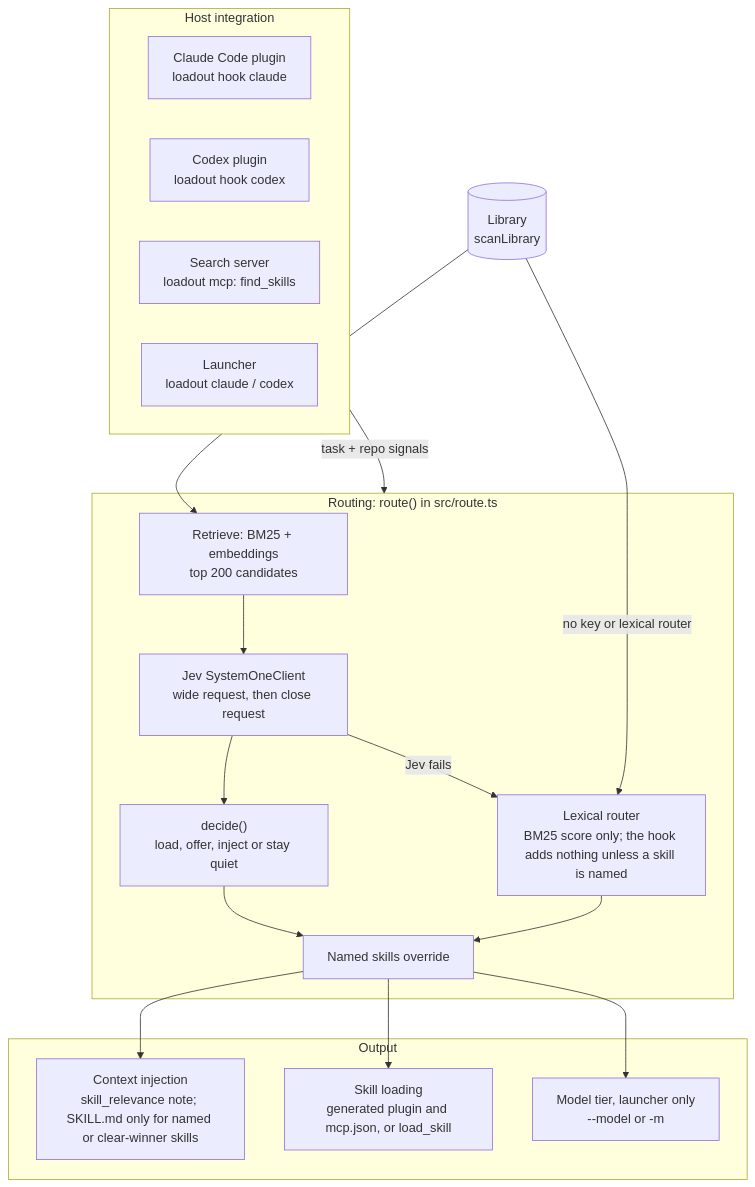
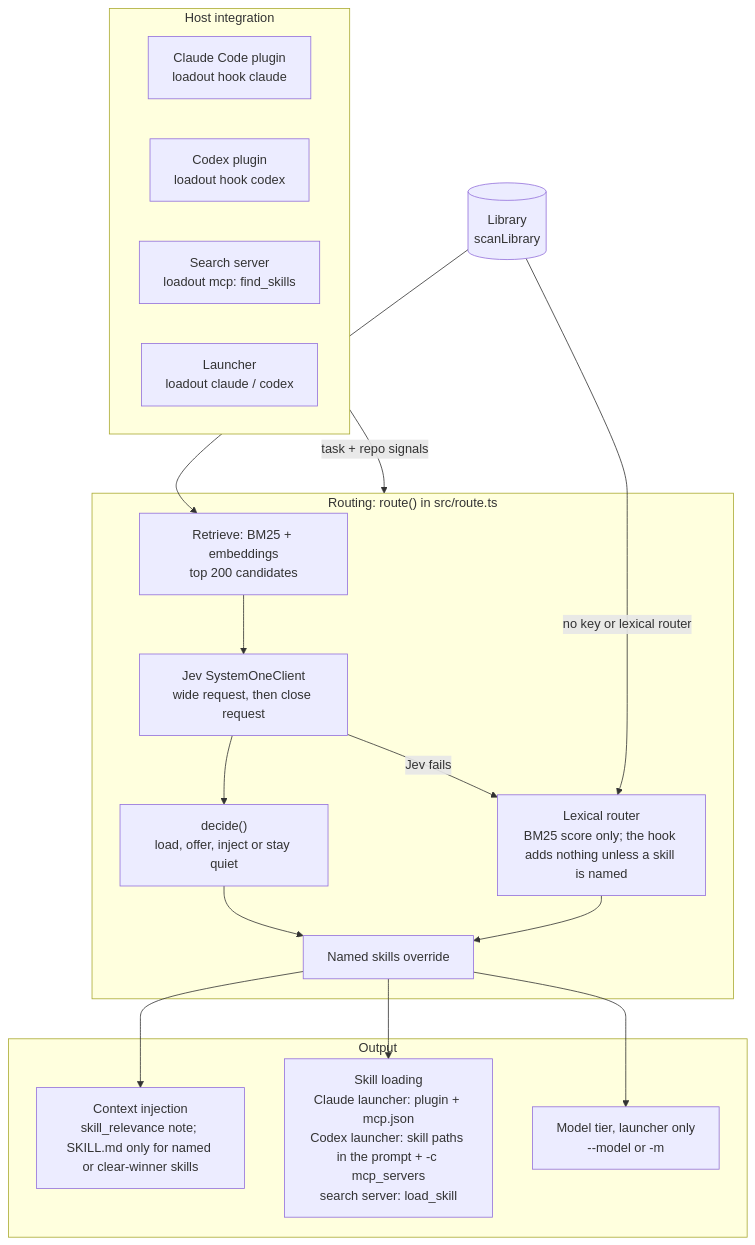
The diagram in DESIGN.md (erik-hedstrom/loadout), drawn with Mermaid before and after one commit.

Commit message:
E6: show how each launcher loads skills
Codex round 2: the skill-loading node described only the Claude launcher
(plugin + mcp.json) and load_skill. The Codex launcher copies skills and
lists their paths in the prompt, and passes MCP servers with
-c mcp_servers (src/launch.ts:189-202, 400-448).

Claude-Session: https://claude.ai/code/session_01HuyR49tfEGYja23caRY2JK

````diff
--- a/DESIGN.md
+++ b/DESIGN.md
@@ -29,37 +29,37 @@
 ```mermaid
 flowchart TB
     subgraph host["Host integration"]
         CH["Claude Code plugin<br/>loadout hook claude"]
         XH["Codex plugin<br/>loadout hook codex"]
         MS["Search server<br/>loadout mcp: find_skills"]
         LA["Launcher<br/>loadout claude / codex"]
     end
 
     LIB[("Library<br/>scanLibrary")]
 
     subgraph routing["Routing: route() in src/route.ts"]
         RET["Retrieve: BM25 + embeddings<br/>top 200 candidates"]
         JEV["Jev SystemOneClient<br/>wide request, then close request"]
         DEC["decide()<br/>load, offer, inject or stay quiet"]
         LEX["Lexical router<br/>BM25 score only; the hook adds nothing unless a skill is named"]
         MEN["Named skills override"]
         RET --> JEV
         JEV -->|"Jev fails"| LEX
         JEV --> DEC
         DEC --> MEN
         LEX --> MEN
     end
 
     subgraph out["Output"]
         CTX["Context injection<br/>skill_relevance note; SKILL.md only for named or clear-winner skills"]
-        SKL["Skill loading<br/>generated plugin and mcp.json, or load_skill"]
+        SKL["Skill loading<br/>Claude launcher: plugin + mcp.json<br/>Codex launcher: skill paths in the prompt + -c mcp_servers<br/>search server: load_skill"]
         TIER["Model tier, launcher only<br/>--model or -m"]
     end
 
     host -->|"task + repo signals"| routing
     LIB --> RET
     LIB -->|"no key or lexical router"| LEX
     MEN --> CTX
     MEN --> SKL
     MEN --> TIER
 ```
````
